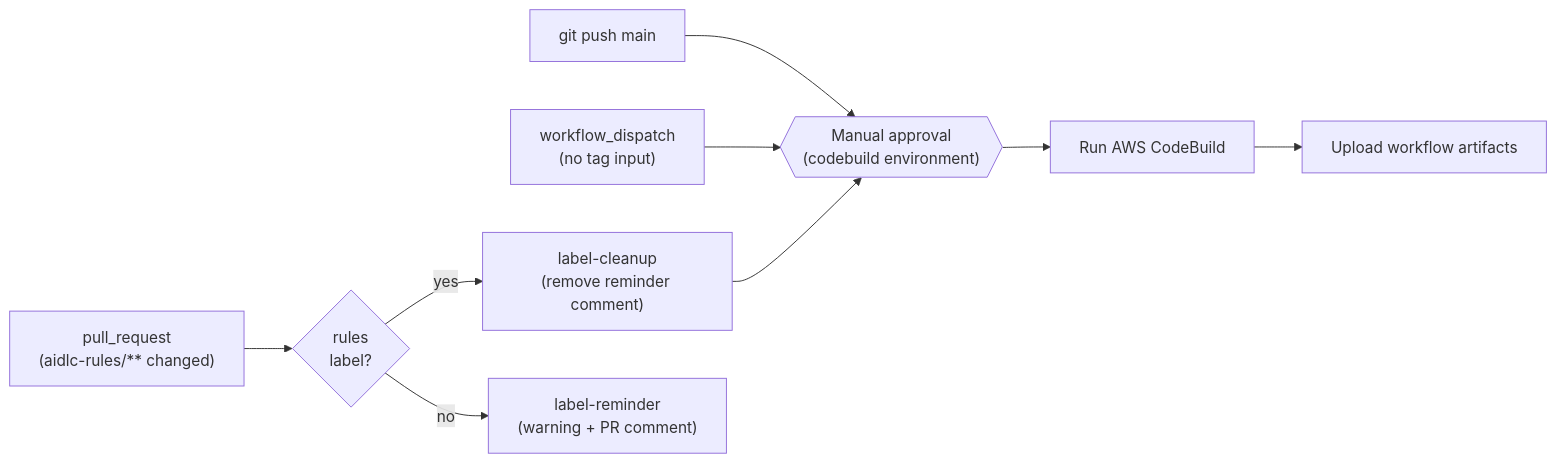
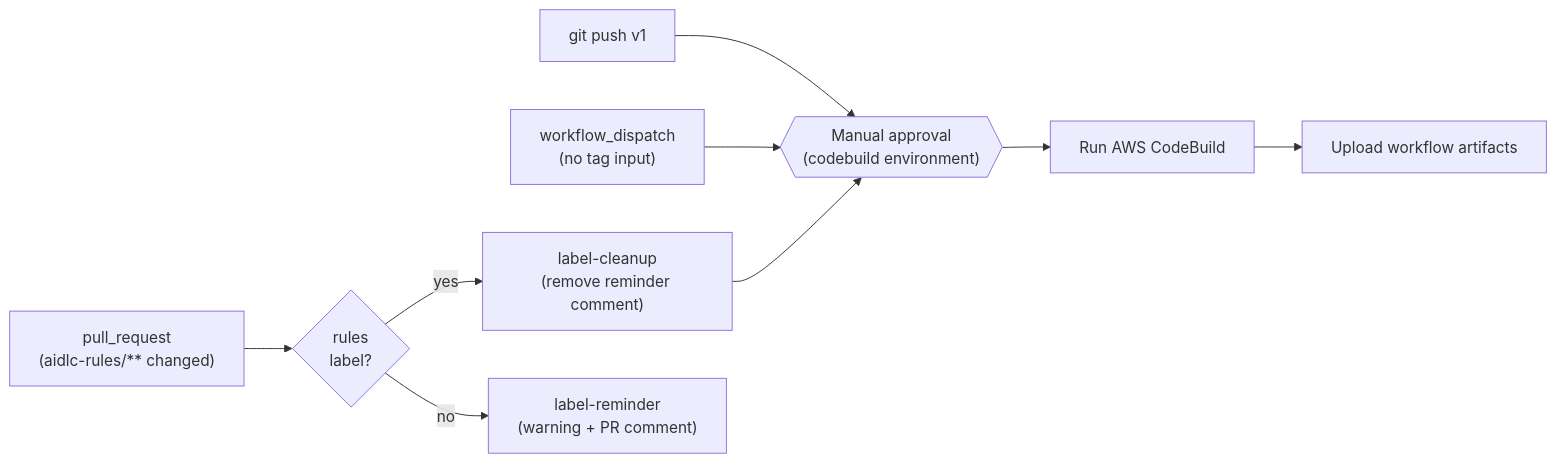
Before and after one commit to awslabs/aidlc-workflows: the second of 4 diagrams in docs/ADMINISTRATIVE_GUIDE.md, drawn with Mermaid. The commit also changed other lines of this file and 16 other files, not shown here.

````diff
--- a/docs/ADMINISTRATIVE_GUIDE.md
+++ b/docs/ADMINISTRATIVE_GUIDE.md
@@ -125,11 +122,11 @@
 ```mermaid
 flowchart LR
-    A["git push main"] --> B{{"Manual approval\n(codebuild environment)"}}
+    A["git push v1"] --> B{{"Manual approval\n(codebuild environment)"}}
     C["workflow_dispatch\n(no tag input)"] --> B
     D["pull_request\n(aidlc-rules/** changed)"] --> E{"rules\nlabel?"}
     E -->|yes| F["label-cleanup\n(remove reminder comment)"]
     F --> B
     E -->|no| I["label-reminder\n(warning + PR comment)"]
     B --> G["Run AWS CodeBuild"]
     G --> H["Upload workflow artifacts"]
 ```
````
